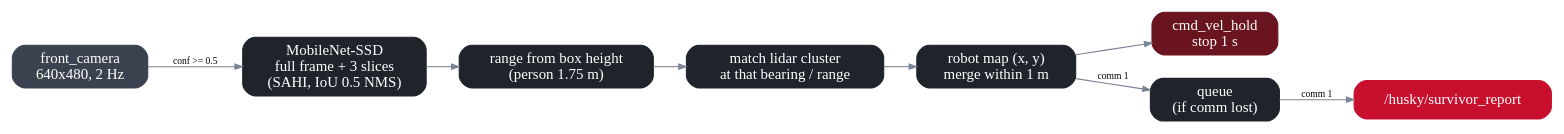
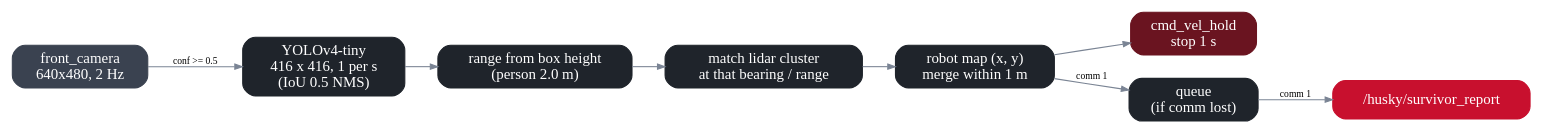
The diagram in docs_site/diagrams/survivor_pipeline.dot (nhd2642/ros2_hw), drawn with Graphviz before and after one commit. The commit also changed 59 other files, not shown here.

```diff
--- a/docs_site/diagrams/survivor_pipeline.dot
+++ b/docs_site/diagrams/survivor_pipeline.dot
@@ -1,9 +1,9 @@
 digraph survivor {
   rankdir=LR; nodesep=0.3; ranksep=0.4;
   node [shape=box, style="rounded,filled", fillcolor="#1F242B", fontcolor="white", color="#1F242B", margin="0.15,0.07"];
   edge [color="#7A8494", arrowsize=0.7, fontsize=9];
-  cam [label="front_camera\n640x480, 2 Hz", fillcolor="#3A4250", color="#3A4250"]; ssd [label="MobileNet-SSD\nfull frame + 3 slices\n(SAHI, IoU 0.5 NMS)"];
-  rng [label="range from box height\n(person 1.75 m)"]; lid [label="match lidar cluster\nat that bearing / range"]; map [label="robot map (x, y)\nmerge within 1 m"];
+  cam [label="front_camera\n640x480, 2 Hz", fillcolor="#3A4250", color="#3A4250"]; ssd [label="YOLOv4-tiny\n416 x 416, 1 per s\n(IoU 0.5 NMS)"];
+  rng [label="range from box height\n(person 2.0 m)"]; lid [label="match lidar cluster\nat that bearing / range"]; map [label="robot map (x, y)\nmerge within 1 m"];
   hold [label="cmd_vel_hold\nstop 1 s", fillcolor="#6A1420", color="#6A1420"]; q [label="queue\n(if comm lost)"]; rep [label="/husky/survivor_report", fillcolor="#C8102E", color="#C8102E"];
   cam -> ssd [label=" conf >= 0.5"]; ssd -> rng -> lid -> map; map -> hold; map -> q -> rep [label=" comm 1"];
 }
```
